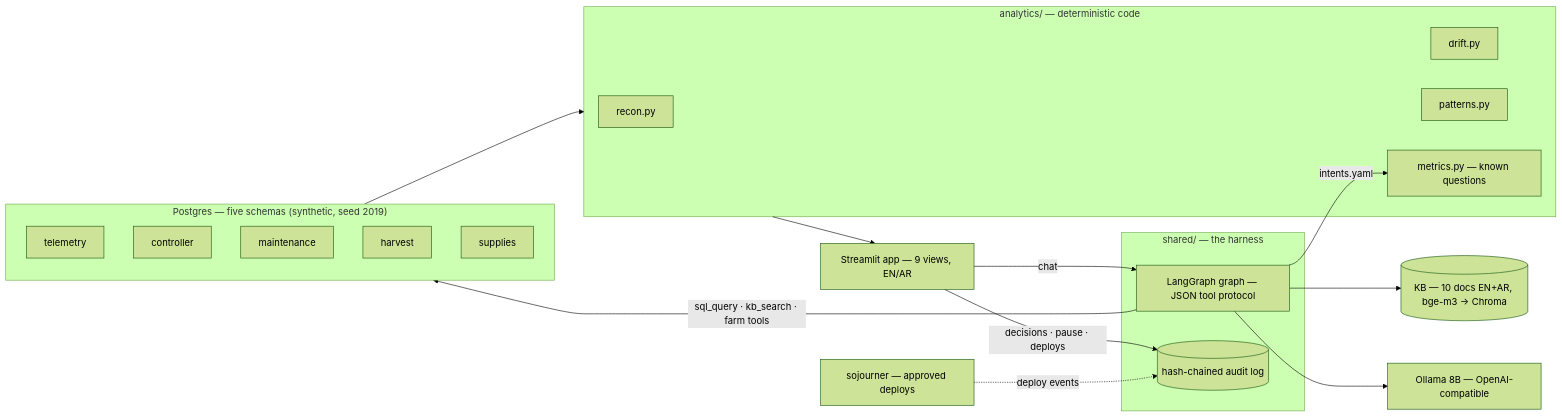
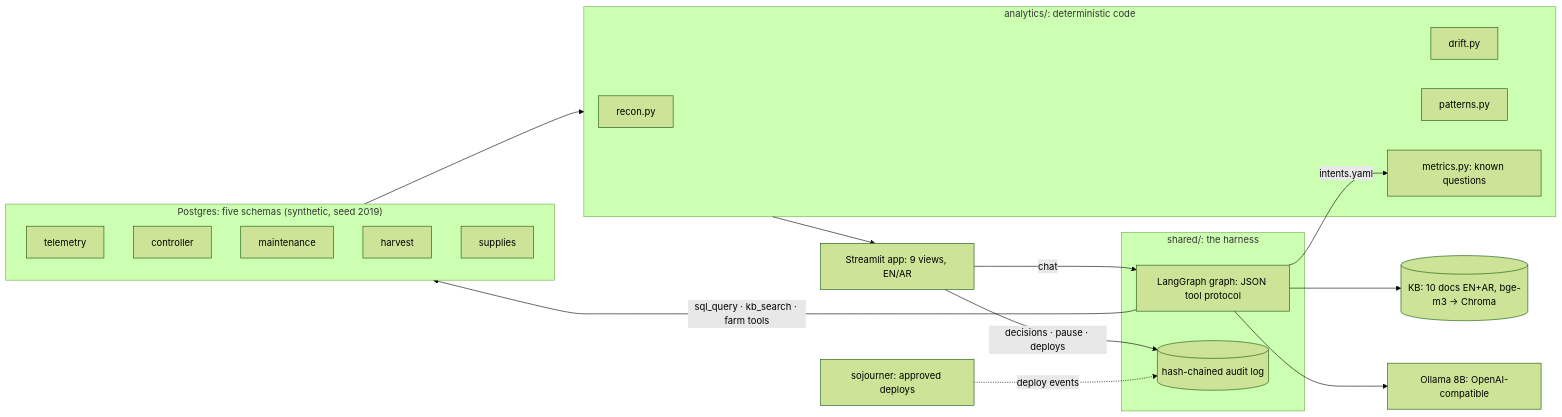
One commit to Omisoman/new-horizons changed the diagram in README.md. Above: the diagram before and after it, drawn with Mermaid (forest theme). The commit also changed other lines of this file and 3 other files, not shown here.

````diff
--- a/README.md
+++ b/README.md
@@ -38,33 +40,33 @@
 ```mermaid
 flowchart LR
-  subgraph data["Postgres — five schemas (synthetic, seed 2019)"]
+  subgraph data["Postgres: five schemas (synthetic, seed 2019)"]
     T[telemetry]
     C[controller]
     M[maintenance]
     H[harvest]
     S[supplies]
   end
-  subgraph analytics["analytics/ — deterministic code"]
+  subgraph analytics["analytics/: deterministic code"]
     R[recon.py]
     D[drift.py]
     P[patterns.py]
-    MET["metrics.py — known questions"]
+    MET["metrics.py: known questions"]
   end
-  subgraph harness["shared/ — the harness"]
-    G["LangGraph graph — JSON tool protocol"]
+  subgraph harness["shared/: the harness"]
+    G["LangGraph graph: JSON tool protocol"]
     A[("hash-chained audit log")]
   end
-  KB[("KB — 10 docs EN+AR, bge-m3 → Chroma")]
-  UI["Streamlit app — 9 views, EN/AR"]
-  LLM["Ollama 8B — OpenAI-compatible"]
-  SOJ["sojourner — approved deploys"]
+  KB[("KB: 10 docs EN+AR, bge-m3 → Chroma")]
+  UI["Streamlit app: 9 views, EN/AR"]
+  LLM["Ollama 8B: OpenAI-compatible"]
+  SOJ["sojourner: approved deploys"]
   data --> analytics
   analytics --> UI
   UI -- chat --> G
   G -- intents.yaml --> MET
   G -- "sql_query · kb_search · farm tools" --> data
   G --> KB
   G --> LLM
   UI -- "decisions · pause · deploys" --> A
   SOJ -. deploy events .-> A
 ```
````
